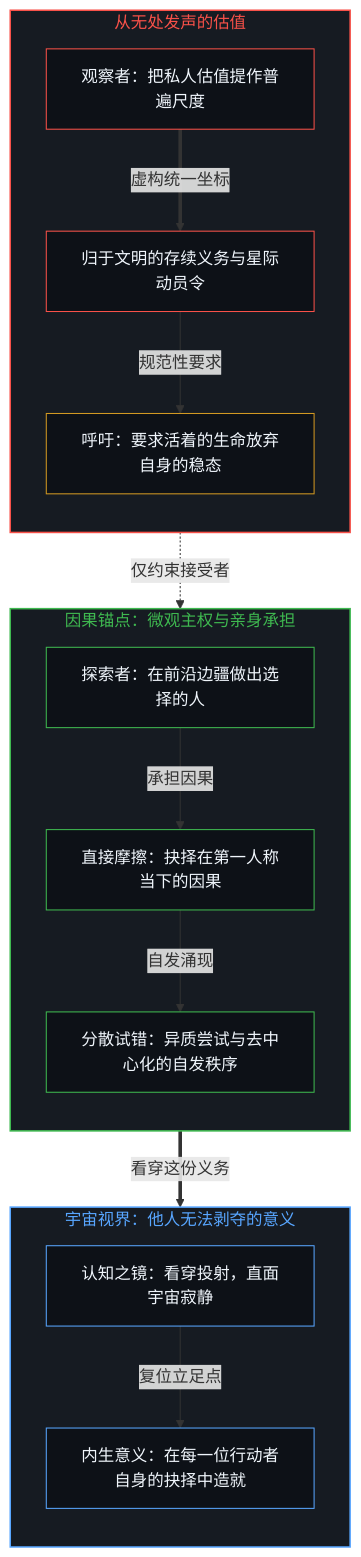
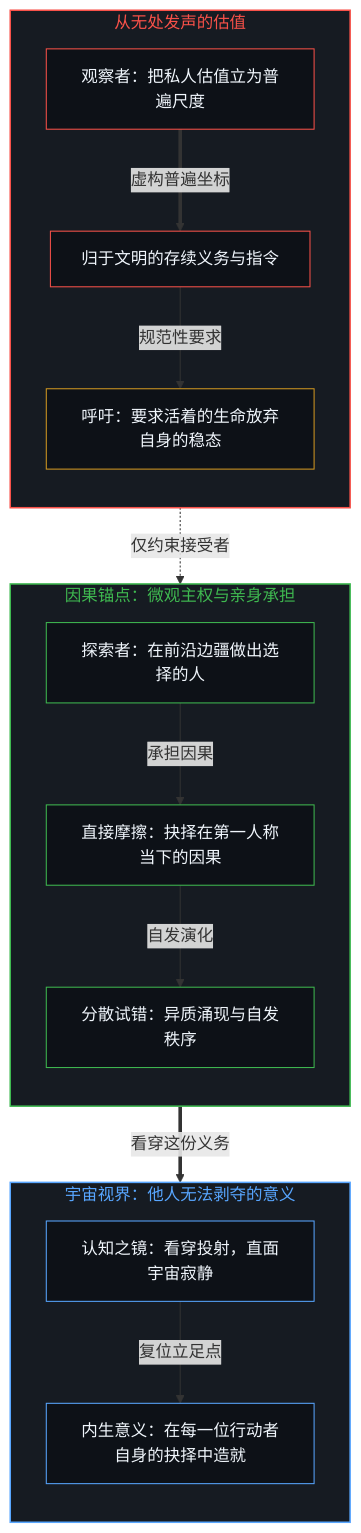
The fifth of 6 diagrams in content/posts/the-fermi-paradox-reified-agency-and-the-great-filter.md (powerpig99/not-a-toe), drawn with Mermaid before and after one commit. The commit also changed other lines of this file and 2 other files, not shown here.

````diff
--- a/content/posts/the-fermi-paradox-reified-agency-and-the-great-filter.md
+++ b/content/posts/the-fermi-paradox-reified-agency-and-the-great-filter.md
@@ -193,38 +193,38 @@
 ```mermaid
 flowchart TD
     subgraph S_Hegemony ["从无处发声的估值"]
         direction TB
-        VEC["观察者：把私人估值提作普遍尺度"]
-        TOTEM["归于文明的存续义务与星际动员令"]
+        VEC["观察者：把私人估值立为普遍尺度"]
+        TOTEM["归于文明的存续义务与指令"]
         COERCION["呼吁：要求活着的生命放弃自身的稳态"]
     end
     subgraph S_Micro ["因果锚点：微观主权与亲身承担"]
         direction TB
         IND["探索者：在前沿边疆做出选择的人"]
         SKIN["直接摩擦：抉择在第一人称当下的因果"]
-        EVO["分散试错：异质尝试与去中心化的自发秩序"]
+        EVO["分散试错：异质涌现与自发秩序"]
     end
     subgraph S_Horizon ["宇宙视界：他人无法剥夺的意义"]
         direction TB
         MIRROR["认知之镜：看穿投射，直面宇宙寂静"]
         MEANING["内生意义：在每一位行动者自身的抉择中造就"]
     end
-    VEC ==>|"虚构统一坐标"| TOTEM
+    VEC ==>|"虚构普遍坐标"| TOTEM
     TOTEM -->|"规范性要求"| COERCION
     COERCION -.->|"仅约束接受者"| IND
     IND -->|"承担因果"| SKIN
-    SKIN -->|"自发涌现"| EVO
+    SKIN -->|"自发演化"| EVO
     EVO ==>|"看穿这份义务"| MIRROR
     MIRROR -->|"复位立足点"| MEANING
     style S_Hegemony fill:#161b22,stroke:#f85149,stroke-width:1.5px,color:#f85149
     style S_Micro fill:#161b22,stroke:#3fb950,stroke-width:1.5px,color:#3fb950
     style S_Horizon fill:#161b22,stroke:#58a6ff,stroke-width:1.5px,color:#58a6ff
     style VEC fill:#0d1117,stroke:#f85149,stroke-width:1px,color:#f0f6fc
     style TOTEM fill:#0d1117,stroke:#f85149,stroke-width:1px,color:#f0f6fc
     style COERCION fill:#0d1117,stroke:#d29922,stroke-width:1px,color:#f0f6fc
     style IND fill:#0d1117,stroke:#3fb950,stroke-width:1px,color:#f0f6fc
     style SKIN fill:#0d1117,stroke:#3fb950,stroke-width:1px,color:#f0f6fc
     style EVO fill:#0d1117,stroke:#3fb950,stroke-width:1px,color:#f0f6fc
     style MIRROR fill:#0d1117,stroke:#58a6ff,stroke-width:1px,color:#f0f6fc
     style MEANING fill:#0d1117,stroke:#58a6ff,stroke-width:1px,color:#f0f6fc
 ```
````
